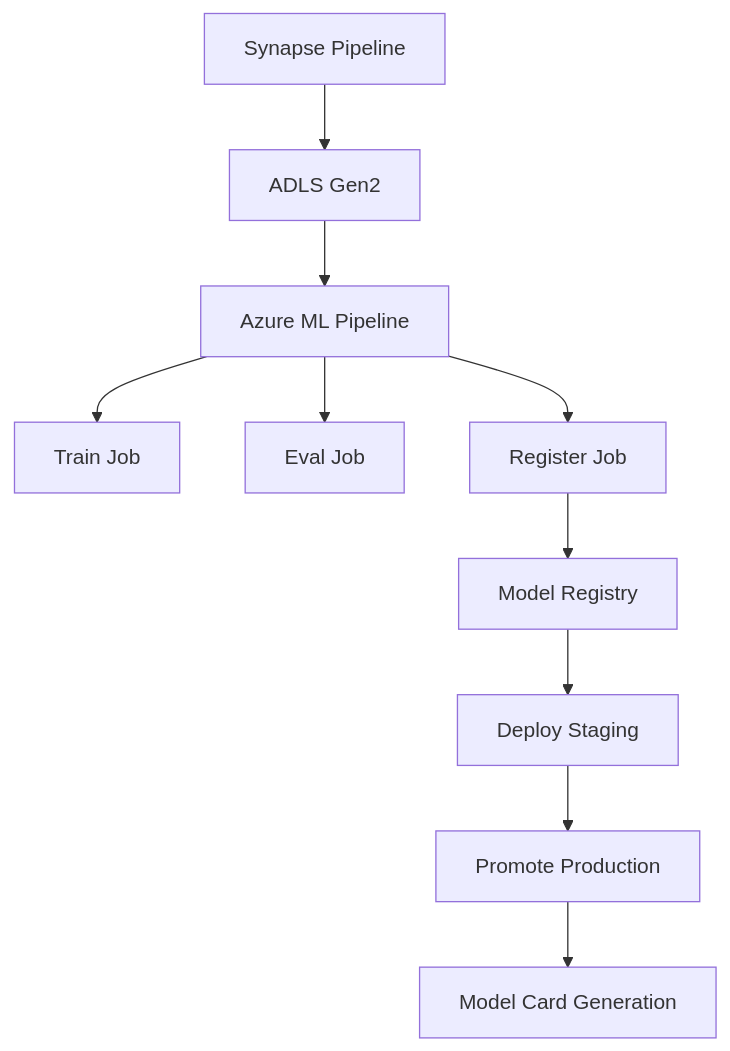
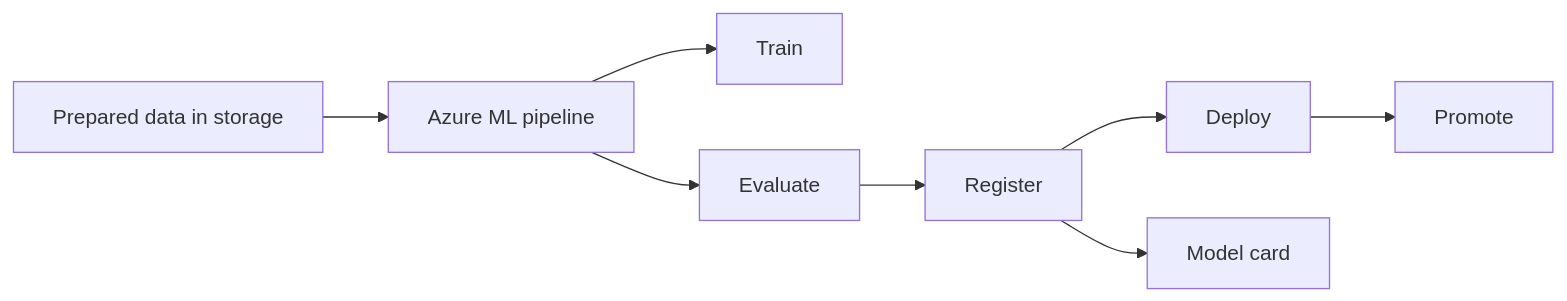
One commit to BrianCollinss/MySampleWork changed the diagram in MLOps - Azure MLOps Pipeline (with CI-CD and Model Registry)/README.md. Above: the diagram before and after it, drawn with Mermaid. The commit also changed other lines of this file and 43 other files, not shown here.

````diff
--- a/MLOps - Azure MLOps Pipeline (with CI-CD and Model Registry)/README.md
+++ b/MLOps - Azure MLOps Pipeline (with CI-CD and Model Registry)/README.md
@@ -16,12 +13,10 @@
 ```mermaid
-graph TD
-    A[Synapse Pipeline] --> B[ADLS Gen2]
-    B --> C[Azure ML Pipeline]
-    C --> D[Train Job]
-    C --> E[Eval Job]
-    C --> F[Register Job]
-    F --> G[Model Registry]
-    G --> H[Deploy Staging]
-    H --> I[Promote Production]
-    I --> J[Model Card Generation]
+flowchart LR
+    A[Prepared data in storage] --> B[Azure ML pipeline]
+    B --> C[Train]
+    B --> D[Evaluate]
+    D --> E[Register]
+    E --> F[Deploy]
+    F --> G[Promote]
+    E --> H[Model card]
 ```
````
